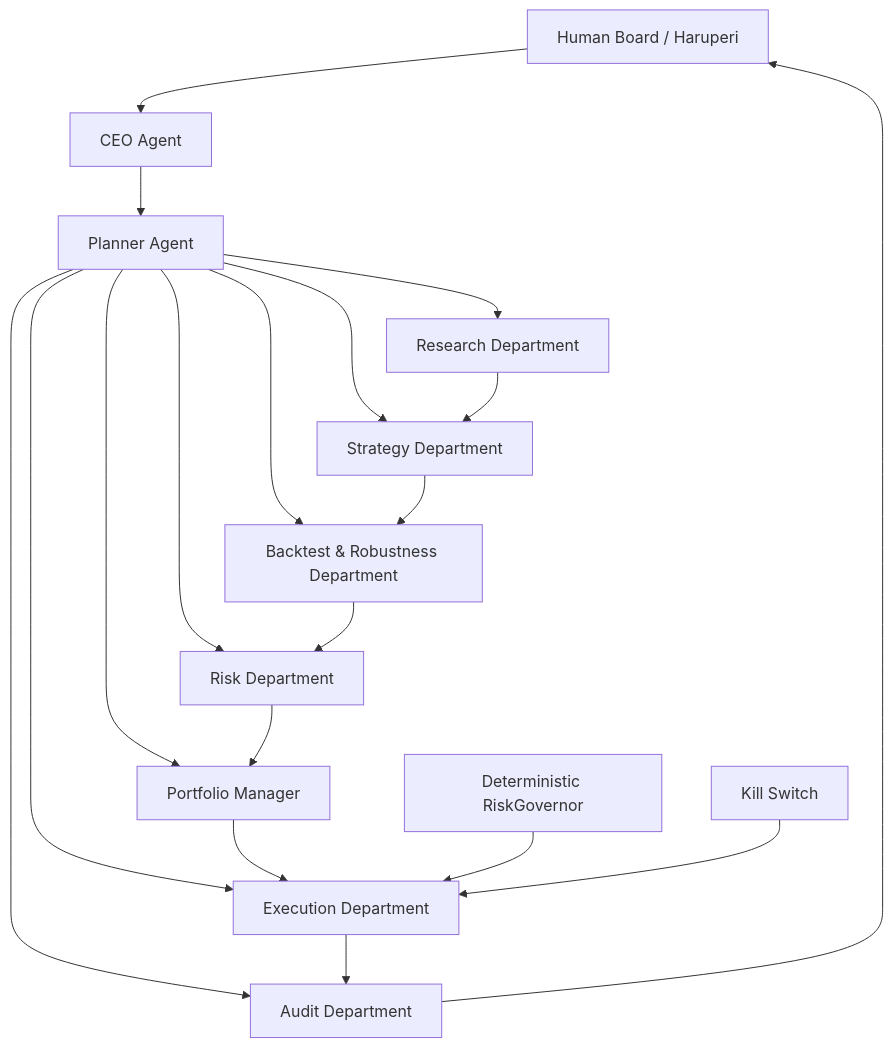
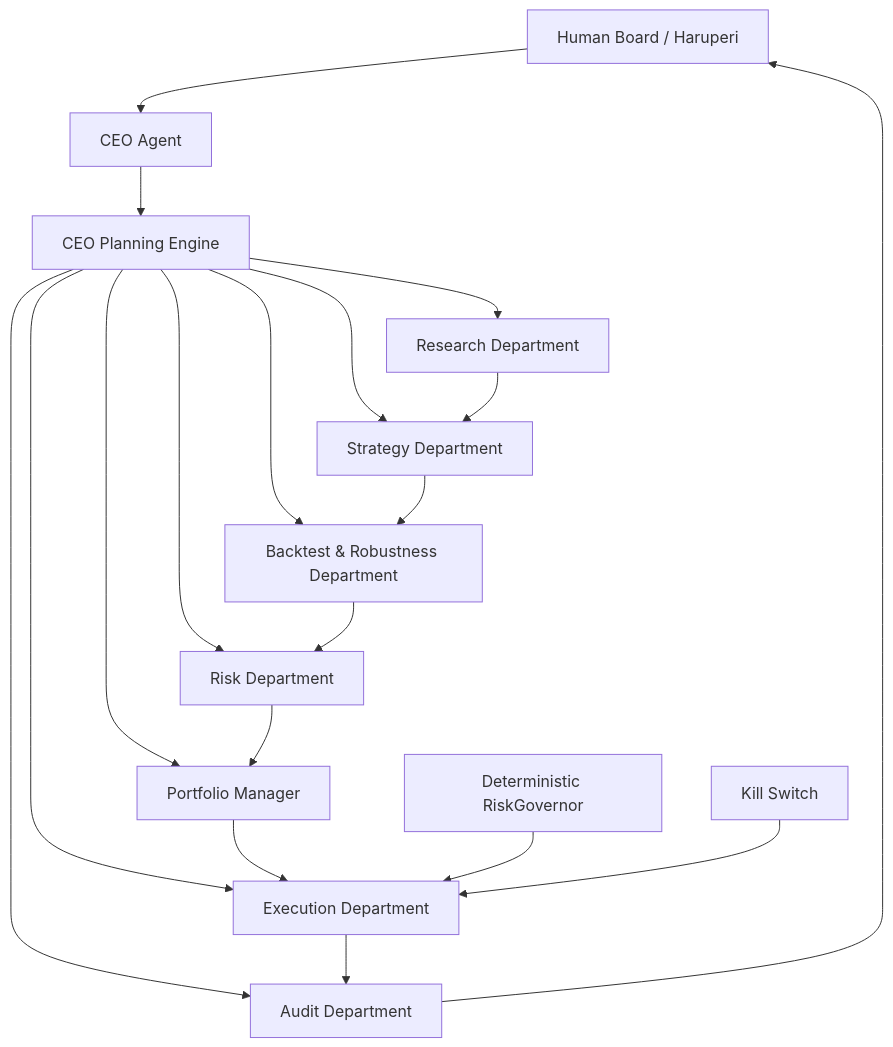
The diagram in docs/agentic_firm/README.md (haruperi/HaruQuant), drawn with Mermaid before and after one commit. The commit also changed other lines of this file and 15 other files, not shown here.

````diff
--- a/docs/agentic_firm/README.md
+++ b/docs/agentic_firm/README.md
@@ -201,23 +201,23 @@
 ```mermaid
 flowchart TD
     User[Human Board / Haruperi] --> CEO[CEO Agent]
-    CEO --> Planner[Planner Agent]
+    CEO --> Planner[CEO Planning Engine]
     Planner --> Research[Research Department]
     Planner --> Strategy[Strategy Department]
     Planner --> Validation[Backtest & Robustness Department]
     Planner --> Risk[Risk Department]
     Planner --> Portfolio[Portfolio Manager]
     Planner --> Execution[Execution Department]
     Planner --> Audit[Audit Department]
 
     Research --> Strategy
     Strategy --> Validation
     Validation --> Risk
     Risk --> Portfolio
     Portfolio --> Execution
     Execution --> Audit
 
     RiskGovernor[Deterministic RiskGovernor] --> Execution
     KillSwitch[Kill Switch] --> Execution
     Audit --> User
 ```
````
